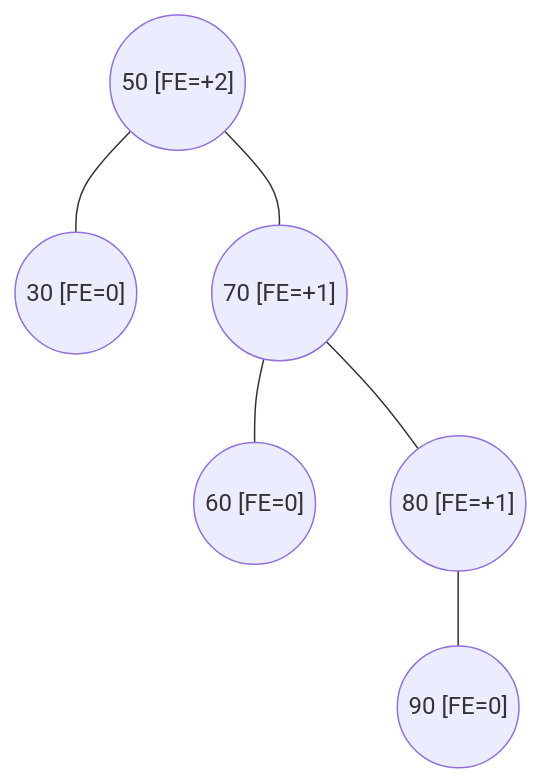
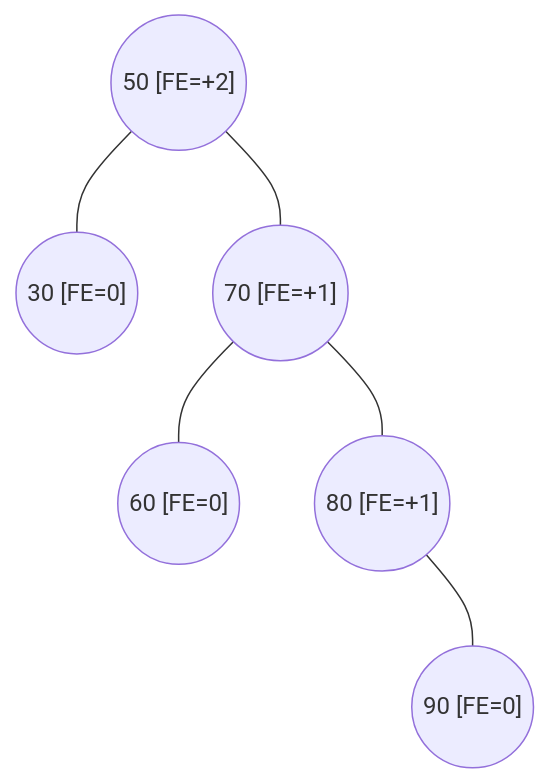
Diagram 22 of 36 in 03-arboles.md (frijolitobandido/Guia_Matematica_Discreta), drawn with Mermaid before and after one commit. The commit also changed other lines of this file, not shown here.

````diff
--- a/03-arboles.md
+++ b/03-arboles.md
@@ -596,11 +597,12 @@
 ```mermaid
 graph TD
     g1(("50 [FE=+2]")) --- g2(("30 [FE=0]"))
     g1 --- g3(("70 [FE=+1]"))
     g3 --- g4(("60 [FE=0]"))
     g3 --- g5(("80 [FE=+1]"))
-    sp1(( )):::invisible ~~~ g5
+    g5 --- sp1[" "]:::invis
     g5 --- g6(("90 [FE=0]"))
 
-    classDef invisible fill:none,stroke:none
+    classDef invis fill:none,stroke:none,color:none
+    linkStyle 4 stroke:none;
 ```
````
